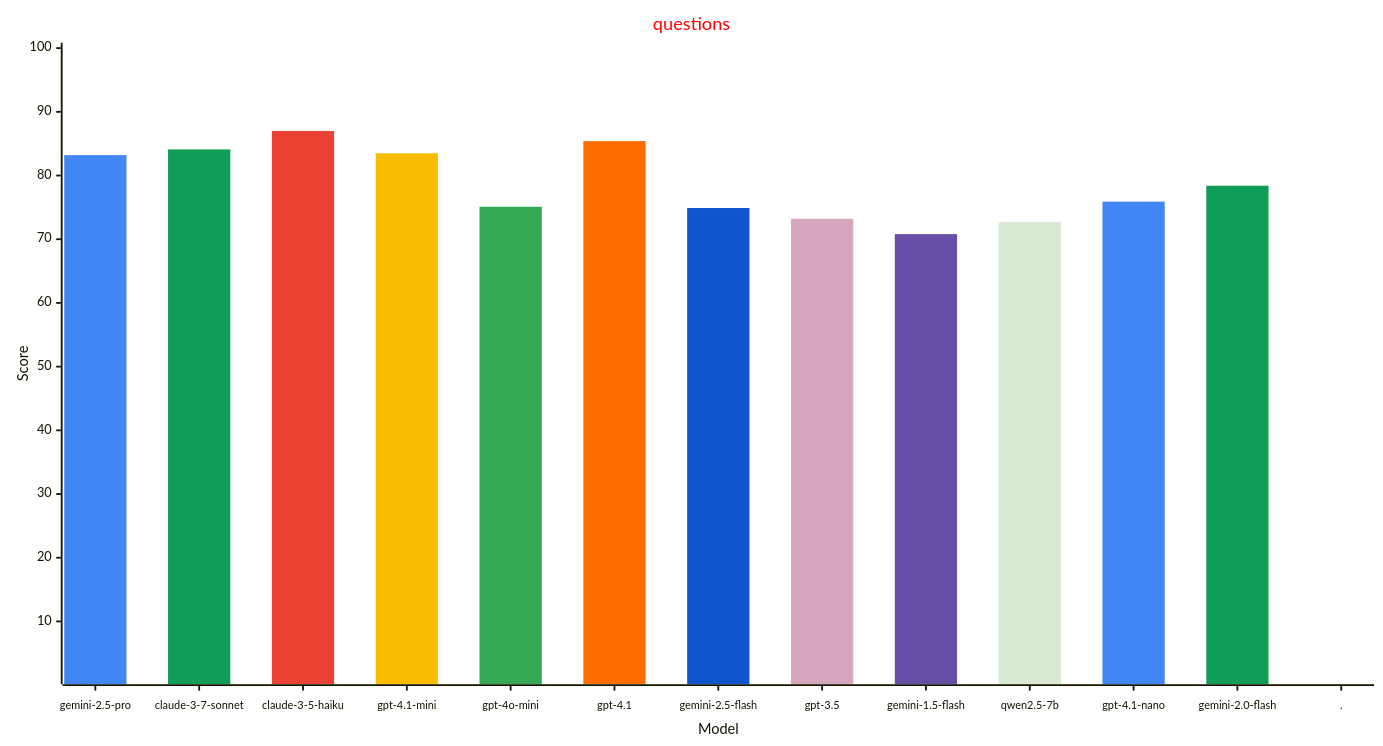
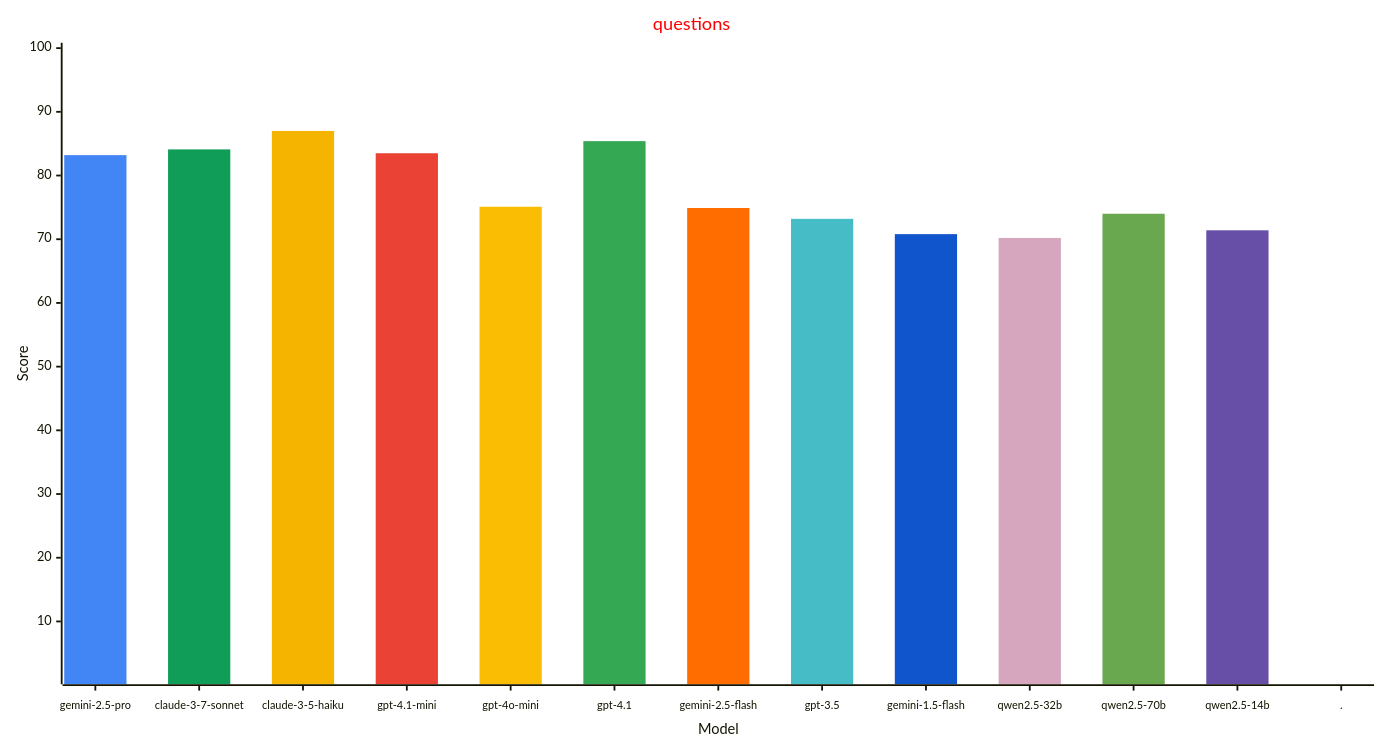
The third of 4 diagrams in reports/README.md (allenporter/home-assistant-datasets), drawn with Mermaid before and after one commit. The commit also changed other lines of this file and 1814 other files, not shown here.

````diff
--- a/reports/README.md
+++ b/reports/README.md
@@ -155,33 +155,33 @@
 ```mermaid
 ---
 config:
     xyChart:
         width: 1500
         height: 800
         xAxis:
           labelFontSize: 12
           labelPadding: 8
     themeVariables:
         xyChart:
             titleColor: "#ff0000"
-            plotColorPalette: "#4285f4, #0f9d58, #ea4335, #fbbc04, #34a853, #ff6d01, #1155cc, #d5a6bd, #674ea7, #d9ead3, #4285f4, #0f9d58, #4285f4"
+            plotColorPalette: "#4285f4, #0f9d58, #f4b400, #ea4335, #fbbc04, #34a853, #ff6d01, #46bdc6, #1155cc, #d5a6bd, #6aa84f, #674ea7, #4285f4"
 
 ---
 xychart-beta
   title "questions"
-  x-axis "Model" [gemini-2.5-pro, claude-3-7-sonnet, claude-3-5-haiku, gpt-4.1-mini, gpt-4o-mini, gpt-4.1, gemini-2.5-flash, gpt-3.5, gemini-1.5-flash, qwen2.5-7b, gpt-4.1-nano, gemini-2.0-flash, .]
+  x-axis "Model" [gemini-2.5-pro, claude-3-7-sonnet, claude-3-5-haiku, gpt-4.1-mini, gpt-4o-mini, gpt-4.1, gemini-2.5-flash, gpt-3.5, gemini-1.5-flash, qwen2.5-32b, qwen2.5-70b, qwen2.5-14b, .]
   y-axis "Score" 1 --> 100
   bar [83.2, 0.0, 0.0, 0.0, 0.0, 0.0, 0.0, 0.0, 0.0, 0.0, 0.0, 0.0, 0.0]
   bar [0.0, 84.1, 0.0, 0.0, 0.0, 0.0, 0.0, 0.0, 0.0, 0.0, 0.0, 0.0, 0.0]
   bar [0.0, 0.0, 87.0, 0.0, 0.0, 0.0, 0.0, 0.0, 0.0, 0.0, 0.0, 0.0, 0.0]
   bar [0.0, 0.0, 0.0, 83.5, 0.0, 0.0, 0.0, 0.0, 0.0, 0.0, 0.0, 0.0, 0.0]
   bar [0.0, 0.0, 0.0, 0.0, 75.1, 0.0, 0.0, 0.0, 0.0, 0.0, 0.0, 0.0, 0.0]
   bar [0.0, 0.0, 0.0, 0.0, 0.0, 85.4, 0.0, 0.0, 0.0, 0.0, 0.0, 0.0, 0.0]
   bar [0.0, 0.0, 0.0, 0.0, 0.0, 0.0, 74.9, 0.0, 0.0, 0.0, 0.0, 0.0, 0.0]
   bar [0.0, 0.0, 0.0, 0.0, 0.0, 0.0, 0.0, 73.2, 0.0, 0.0, 0.0, 0.0, 0.0]
   bar [0.0, 0.0, 0.0, 0.0, 0.0, 0.0, 0.0, 0.0, 70.8, 0.0, 0.0, 0.0, 0.0]
-  bar [0.0, 0.0, 0.0, 0.0, 0.0, 0.0, 0.0, 0.0, 0.0, 72.7, 0.0, 0.0, 0.0]
-  bar [0.0, 0.0, 0.0, 0.0, 0.0, 0.0, 0.0, 0.0, 0.0, 0.0, 75.9, 0.0, 0.0]
-  bar [0.0, 0.0, 0.0, 0.0, 0.0, 0.0, 0.0, 0.0, 0.0, 0.0, 0.0, 78.4, 0.0]
+  bar [0.0, 0.0, 0.0, 0.0, 0.0, 0.0, 0.0, 0.0, 0.0, 70.2, 0.0, 0.0, 0.0]
+  bar [0.0, 0.0, 0.0, 0.0, 0.0, 0.0, 0.0, 0.0, 0.0, 0.0, 74.0, 0.0, 0.0]
+  bar [0.0, 0.0, 0.0, 0.0, 0.0, 0.0, 0.0, 0.0, 0.0, 0.0, 0.0, 71.4, 0.0]
   bar [0.0, 0.0, 0.0, 0.0, 0.0, 0.0, 0.0, 0.0, 0.0, 0.0, 0.0, 0.0, -1.0]
 ```
````
